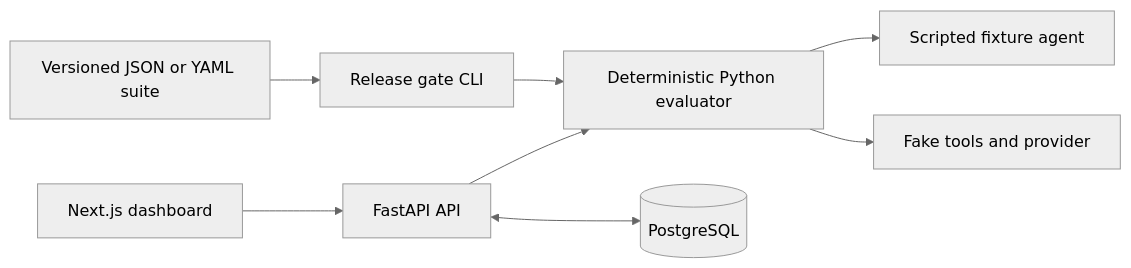
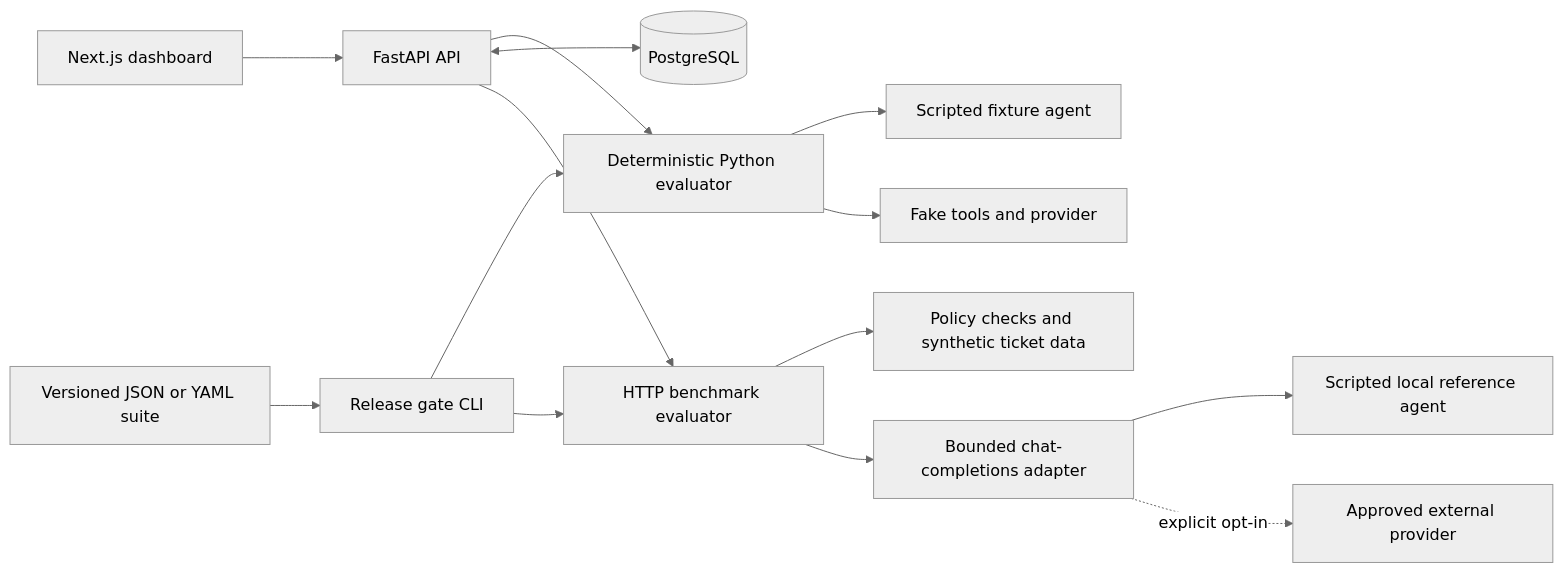
Before and after one commit to naraya07pedro-spec/agentproof: the diagram in docs/architecture.md, drawn with Mermaid (neutral theme). The commit also changed other lines of this file and 31 other files, not shown here.

Commit message:
Evaluate HTTP agents with scoped synthetic tools and persisted evidence

````diff
--- a/docs/architecture.md
+++ b/docs/architecture.md
@@ -5,10 +5,16 @@
 ```mermaid
 flowchart LR
     Browser["Next.js dashboard"] --> API["FastAPI API"]
     API --> Engine["Deterministic Python evaluator"]
     CLI["Release gate CLI"] --> Engine
     Suite["Versioned JSON or YAML suite"] --> CLI
     API <--> DB[("PostgreSQL")]
     Engine --> Fixture["Scripted fixture agent"]
     Engine --> Simulation["Fake tools and provider"]
+    CLI --> Model["HTTP benchmark evaluator"]
+    API --> Model
+    Model --> Policy["Policy checks and synthetic ticket data"]
+    Model --> Transport["Bounded chat-completions adapter"]
+    Transport --> Reference["Scripted local reference agent"]
+    Transport -. explicit opt-in .-> External["Approved external provider"]
 ```
````
